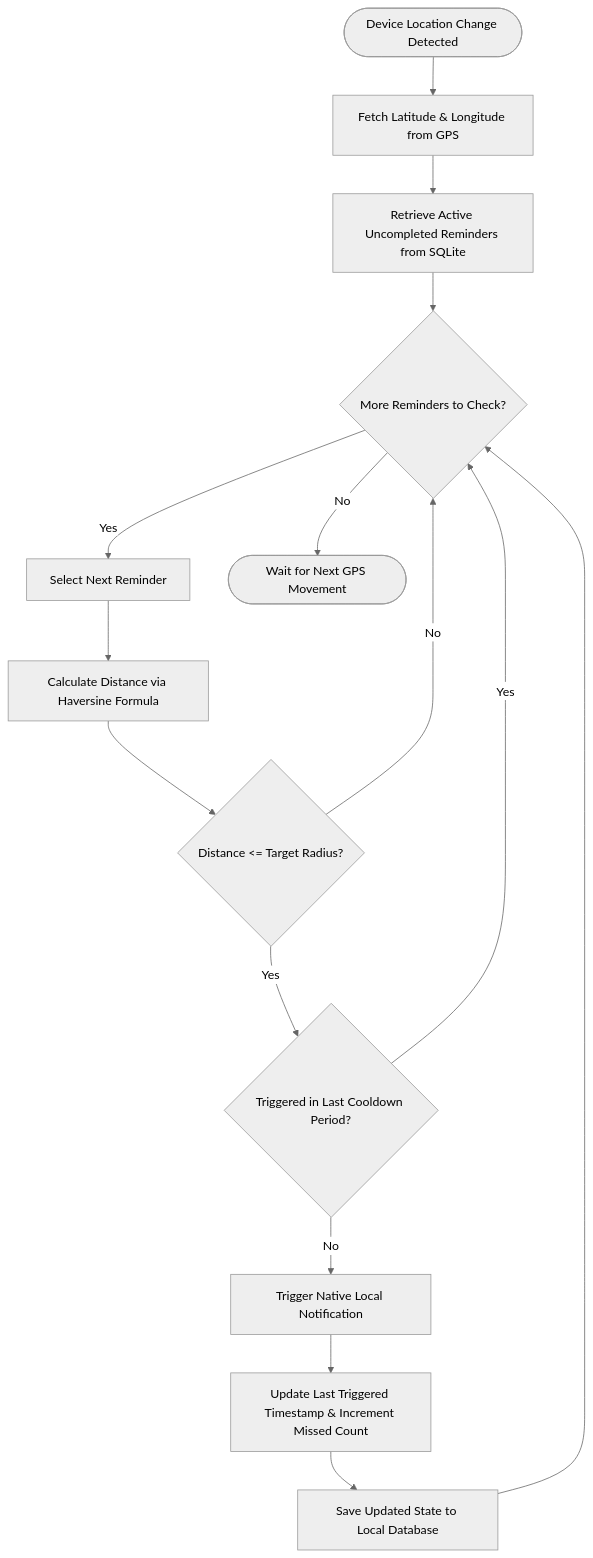
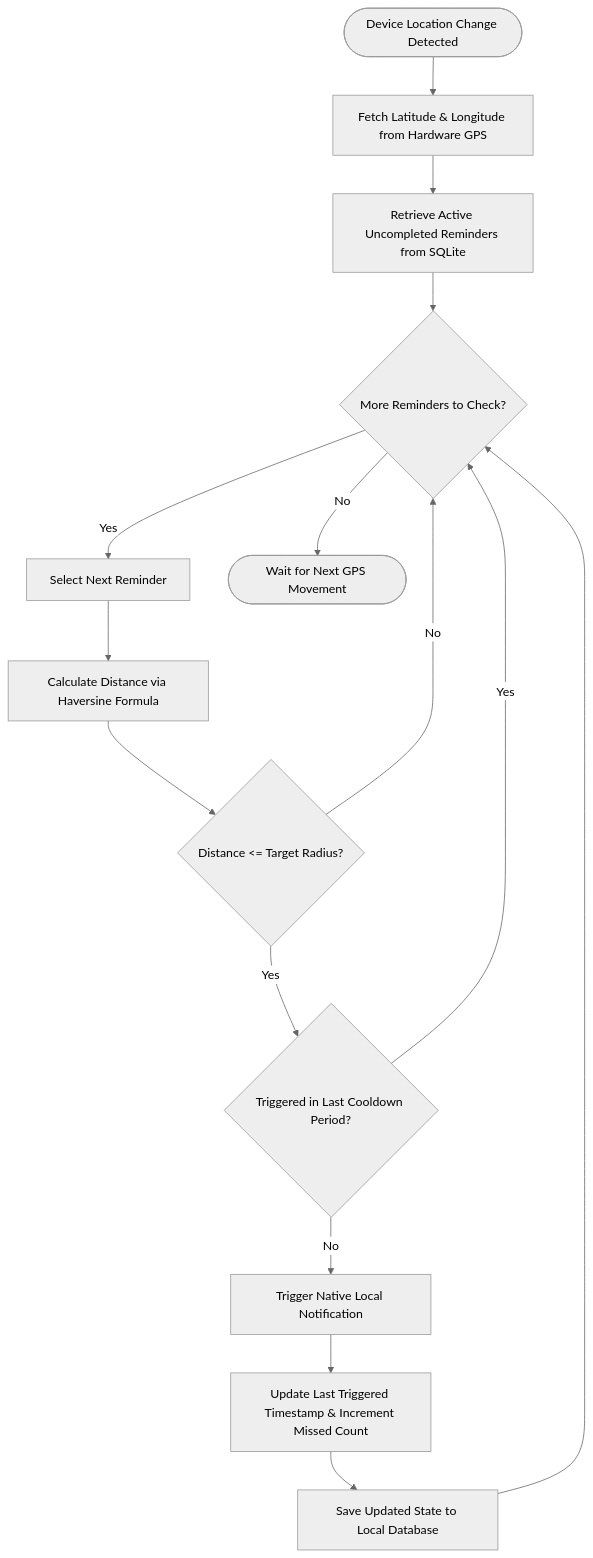
Before and after one commit to TheOrionGD/SmartSpot: the second of 5 diagrams in README.md, drawn with Mermaid (neutral theme). The commit also changed other lines of this file, not shown here.

````diff
--- a/README.md
+++ b/README.md
@@ -266,21 +269,21 @@
 ```mermaid
 flowchart TD
-    Start([Device Location Change Detected]) --> GetLoc[Fetch Latitude & Longitude from GPS]
+    Start([Device Location Change Detected]) --> GetLoc[Fetch Latitude & Longitude from Hardware GPS]
     GetLoc --> FetchActive[Retrieve Active Uncompleted Reminders from SQLite]
     FetchActive --> LoopReminders{More Reminders to Check?}
     
     LoopReminders -- Yes --> TargetRem[Select Next Reminder]
     TargetRem --> CalcDist[Calculate Distance via Haversine Formula]
     CalcDist --> CheckRadius{Distance <= Target Radius?}
     
     CheckRadius -- Yes --> CheckCooldown{Triggered in Last Cooldown Period?}
     CheckCooldown -- No --> FireNotif[Trigger Native Local Notification]
     FireNotif --> MarkTriggered[Update Last Triggered Timestamp & Increment Missed Count]
     MarkTriggered --> SaveLocal[Save Updated State to Local Database]
     SaveLocal --> LoopReminders
     
     CheckCooldown -- Yes --> LoopReminders
     CheckRadius -- No --> LoopReminders
     
     LoopReminders -- No --> End([Wait for Next GPS Movement])
 ```
````
